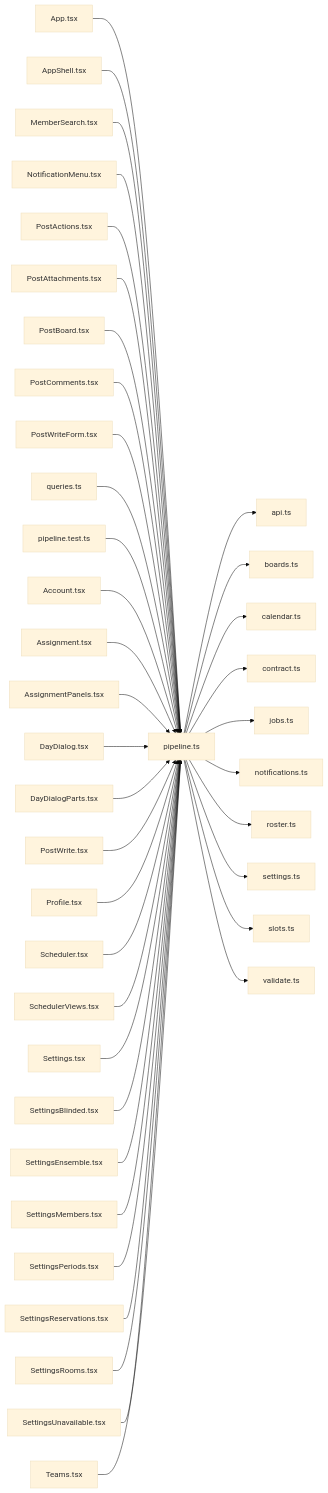
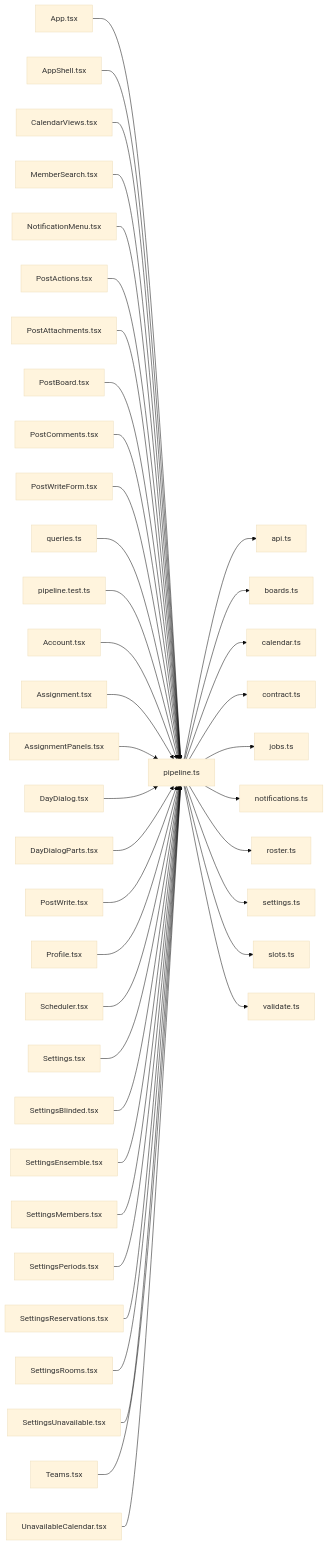
Before and after one commit to minkong-dev/Banblit: the diagram in .cluedoc/graph/frontend/src/lib/pipeline.md, drawn with Mermaid (base theme). The commit also changed other lines of this file and 45 other files, not shown here.

First line of the commit message:
frontend: show unavailable times as a member calendar and a team heatmap

````diff
--- a/.cluedoc/graph/frontend/src/lib/pipeline.md
+++ b/.cluedoc/graph/frontend/src/lib/pipeline.md
@@ -10,43 +10,44 @@
 ```mermaid
 flowchart LR
   frontend_src_lib_pipeline["pipeline.ts"]
   frontend_src_lib_pipeline --> frontend_src_lib_api["api.ts"]
   frontend_src_lib_pipeline --> frontend_src_lib_boards["boards.ts"]
   frontend_src_lib_pipeline --> frontend_src_lib_calendar["calendar.ts"]
   frontend_src_lib_pipeline --> frontend_src_lib_contract["contract.ts"]
   frontend_src_lib_pipeline --> frontend_src_lib_jobs["jobs.ts"]
   frontend_src_lib_pipeline --> frontend_src_lib_notifications["notifications.ts"]
   frontend_src_lib_pipeline --> frontend_src_lib_roster["roster.ts"]
   frontend_src_lib_pipeline --> frontend_src_lib_settings["settings.ts"]
   frontend_src_lib_pipeline --> frontend_src_lib_slots["slots.ts"]
   frontend_src_lib_pipeline --> frontend_src_lib_validate["validate.ts"]
   frontend_src_App["App.tsx"] --> frontend_src_lib_pipeline
   frontend_src_components_AppShell["AppShell.tsx"] --> frontend_src_lib_pipeline
+  frontend_src_components_CalendarViews["CalendarViews.tsx"] --> frontend_src_lib_pipeline
   frontend_src_components_MemberSearch["MemberSearch.tsx"] --> frontend_src_lib_pipeline
   frontend_src_components_NotificationMenu["NotificationMenu.tsx"] --> frontend_src_lib_pipeline
   frontend_src_components_PostActions["PostActions.tsx"] --> frontend_src_lib_pipeline
   frontend_src_components_PostAttachments["PostAttachments.tsx"] --> frontend_src_lib_pipeline
   frontend_src_components_PostBoard["PostBoard.tsx"] --> frontend_src_lib_pipeline
   frontend_src_components_PostComments["PostComments.tsx"] --> frontend_src_lib_pipeline
   frontend_src_components_PostWriteForm["PostWriteForm.tsx"] --> frontend_src_lib_pipeline
   frontend_src_components_queries["queries.ts"] --> frontend_src_lib_pipeline
   frontend_src_lib_pipeline_test["pipeline.test.ts"] --> frontend_src_lib_pipeline
   frontend_src_routes_Account["Account.tsx"] --> frontend_src_lib_pipeline
   frontend_src_routes_Assignment["Assignment.tsx"] --> frontend_src_lib_pipeline
   frontend_src_routes_AssignmentPanels["AssignmentPanels.tsx"] --> frontend_src_lib_pipeline
   frontend_src_routes_DayDialog["DayDialog.tsx"] --> frontend_src_lib_pipeline
   frontend_src_routes_DayDialogParts["DayDialogParts.tsx"] --> frontend_src_lib_pipeline
   frontend_src_routes_PostWrite["PostWrite.tsx"] --> frontend_src_lib_pipeline
   frontend_src_routes_Profile["Profile.tsx"] --> frontend_src_lib_pipeline
   frontend_src_routes_Scheduler["Scheduler.tsx"] --> frontend_src_lib_pipeline
-  frontend_src_routes_SchedulerViews["SchedulerViews.tsx"] --> frontend_src_lib_pipeline
   frontend_src_routes_Settings["Settings.tsx"] --> frontend_src_lib_pipeline
   frontend_src_routes_SettingsBlinded["SettingsBlinded.tsx"] --> frontend_src_lib_pipeline
   frontend_src_routes_SettingsEnsemble["SettingsEnsemble.tsx"] --> frontend_src_lib_pipeline
   frontend_src_routes_SettingsMembers["SettingsMembers.tsx"] --> frontend_src_lib_pipeline
   frontend_src_routes_SettingsPeriods["SettingsPeriods.tsx"] --> frontend_src_lib_pipeline
   frontend_src_routes_SettingsReservations["SettingsReservations.tsx"] --> frontend_src_lib_pipeline
   frontend_src_routes_SettingsRooms["SettingsRooms.tsx"] --> frontend_src_lib_pipeline
   frontend_src_routes_SettingsUnavailable["SettingsUnavailable.tsx"] --> frontend_src_lib_pipeline
   frontend_src_routes_Teams["Teams.tsx"] --> frontend_src_lib_pipeline
+  frontend_src_routes_UnavailableCalendar["UnavailableCalendar.tsx"] --> frontend_src_lib_pipeline
 ```
````
